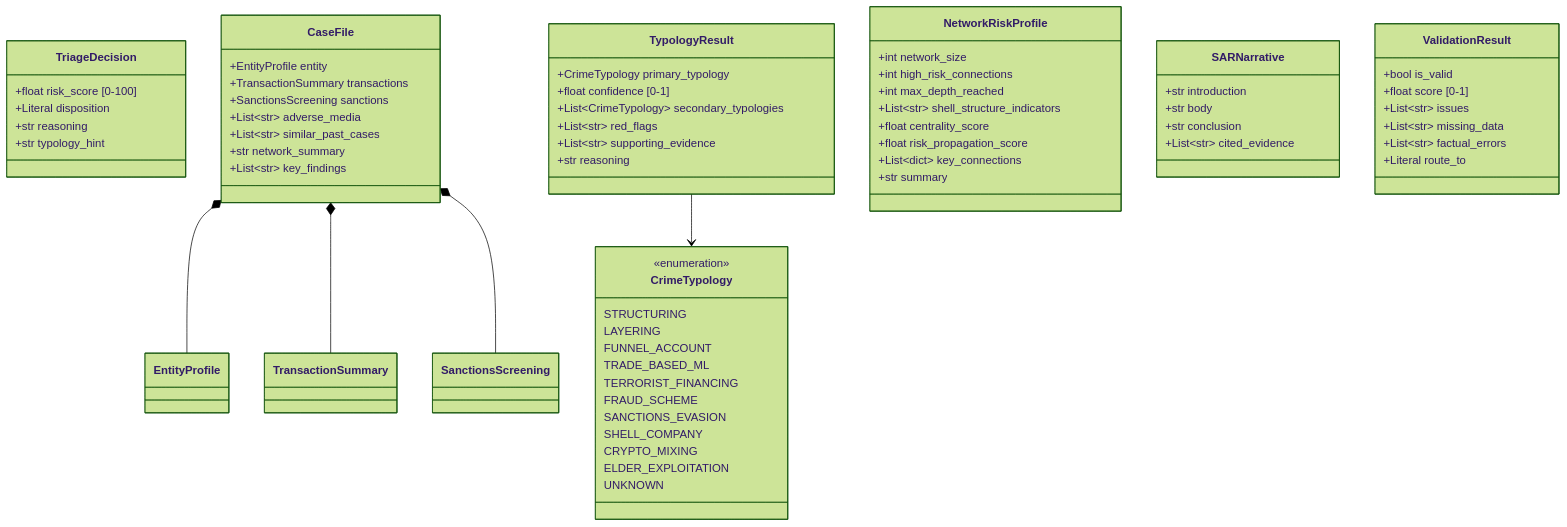
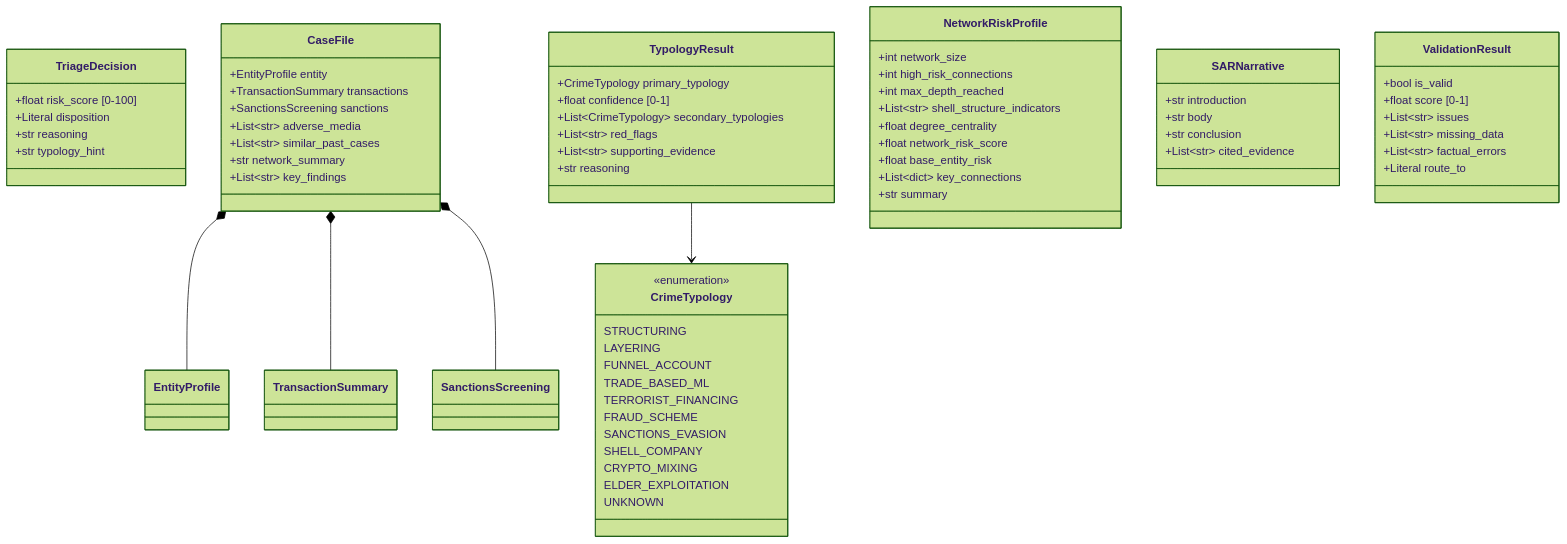
Before and after one commit to mongodb-industry-solutions/fsi-aml-fraud-detection: diagram 11 of 18 in docs/AGENTIC_INVESTIGATION_PIPELINE.md, drawn with Mermaid (forest theme). The commit also changed other lines of this file, not shown here.

````diff
--- a/docs/AGENTIC_INVESTIGATION_PIPELINE.md
+++ b/docs/AGENTIC_INVESTIGATION_PIPELINE.md
@@ -666,75 +663,76 @@
 ```mermaid
 classDiagram
     class TriageDecision {
         +float risk_score [0-100]
         +Literal disposition
         +str reasoning
         +str typology_hint
     }
 
     class CaseFile {
         +EntityProfile entity
         +TransactionSummary transactions
         +SanctionsScreening sanctions
         +List~str~ adverse_media
         +List~str~ similar_past_cases
         +str network_summary
         +List~str~ key_findings
     }
 
     class TypologyResult {
         +CrimeTypology primary_typology
         +float confidence [0-1]
         +List~CrimeTypology~ secondary_typologies
         +List~str~ red_flags
         +List~str~ supporting_evidence
         +str reasoning
     }
 
     class NetworkRiskProfile {
         +int network_size
         +int high_risk_connections
         +int max_depth_reached
         +List~str~ shell_structure_indicators
-        +float centrality_score
-        +float risk_propagation_score
+        +float degree_centrality
+        +float network_risk_score
+        +float base_entity_risk
         +List~dict~ key_connections
         +str summary
     }
 
     class SARNarrative {
         +str introduction
         +str body
         +str conclusion
         +List~str~ cited_evidence
     }
 
     class ValidationResult {
         +bool is_valid
         +float score [0-1]
         +List~str~ issues
         +List~str~ missing_data
         +List~str~ factual_errors
         +Literal route_to
     }
 
     class CrimeTypology {
         <<enumeration>>
         STRUCTURING
         LAYERING
         FUNNEL_ACCOUNT
         TRADE_BASED_ML
         TERRORIST_FINANCING
         FRAUD_SCHEME
         SANCTIONS_EVASION
         SHELL_COMPANY
         CRYPTO_MIXING
         ELDER_EXPLOITATION
         UNKNOWN
     }
 
     CaseFile *-- EntityProfile
     CaseFile *-- TransactionSummary
     CaseFile *-- SanctionsScreening
     TypologyResult --> CrimeTypology
 ```
````
